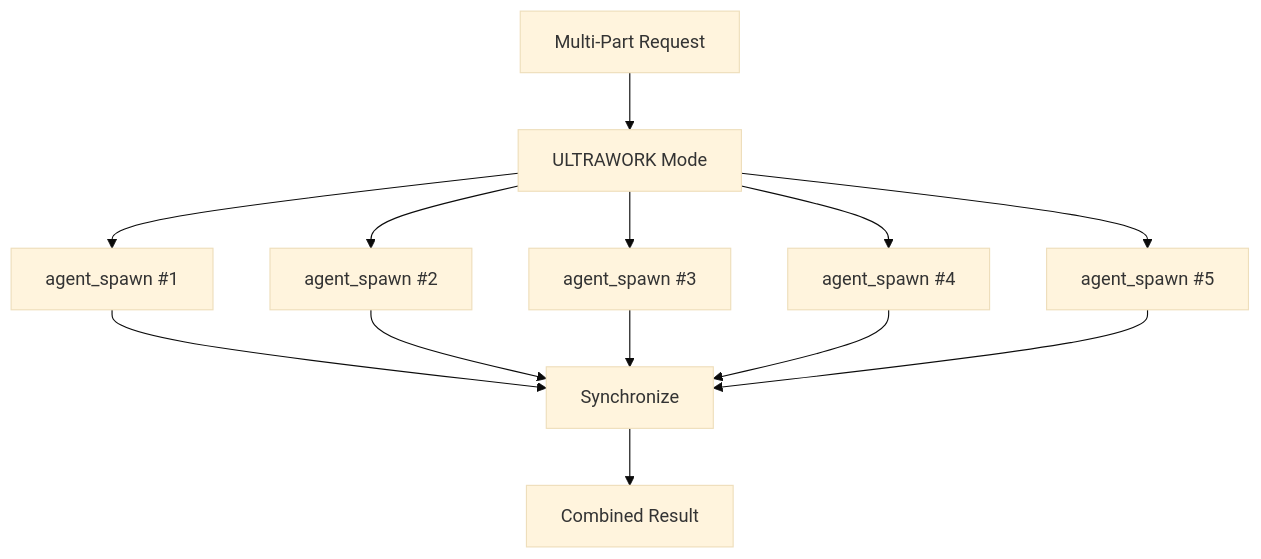
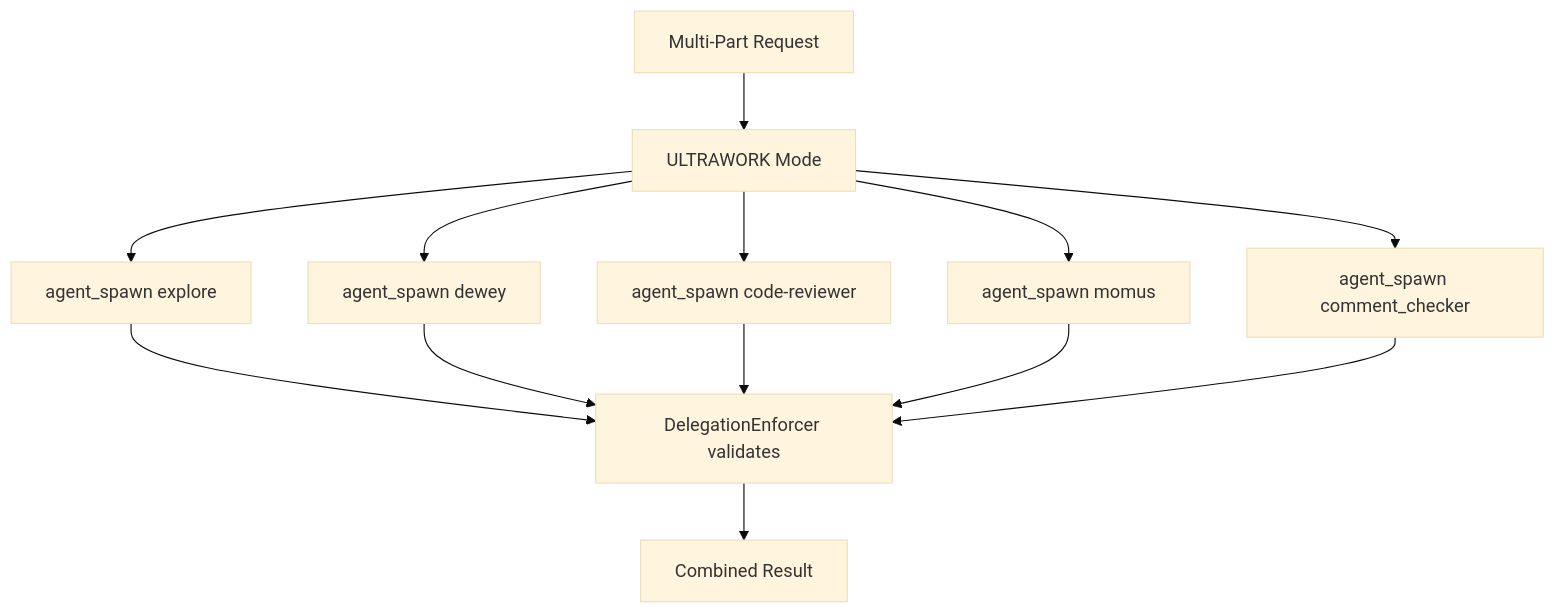
Before and after one commit to GratefulDave/stravinsky: the eighth of 8 diagrams in docs/architecture/AGENT_ORCHESTRATION.md, drawn with Mermaid (base theme). The commit also changed other lines of this file and 30 other files, not shown here.

First line of the commit message:
docs: comprehensive architecture documentation update for 7-Phase Orchestrator

````diff
--- a/docs/architecture/AGENT_ORCHESTRATION.md
+++ b/docs/architecture/AGENT_ORCHESTRATION.md
@@ -324,13 +491,13 @@
 ```mermaid
 flowchart TB
     REQ[Multi-Part Request] --> IS[ULTRAWORK Mode]
 
-    IS --> SPAWN1[agent_spawn #1]
-    IS --> SPAWN2[agent_spawn #2]
-    IS --> SPAWN3[agent_spawn #3]
-    IS --> SPAWN4[agent_spawn #4]
-    IS --> SPAWN5[agent_spawn #5]
+    IS --> SPAWN1[agent_spawn explore]
+    IS --> SPAWN2[agent_spawn dewey]
+    IS --> SPAWN3[agent_spawn code-reviewer]
+    IS --> SPAWN4[agent_spawn momus]
+    IS --> SPAWN5[agent_spawn comment_checker]
 
-    SPAWN1 & SPAWN2 & SPAWN3 & SPAWN4 & SPAWN5 --> SYNC[Synchronize]
+    SPAWN1 & SPAWN2 & SPAWN3 & SPAWN4 & SPAWN5 --> SYNC[DelegationEnforcer validates]
     SYNC --> RESULT[Combined Result]
 ```
````
